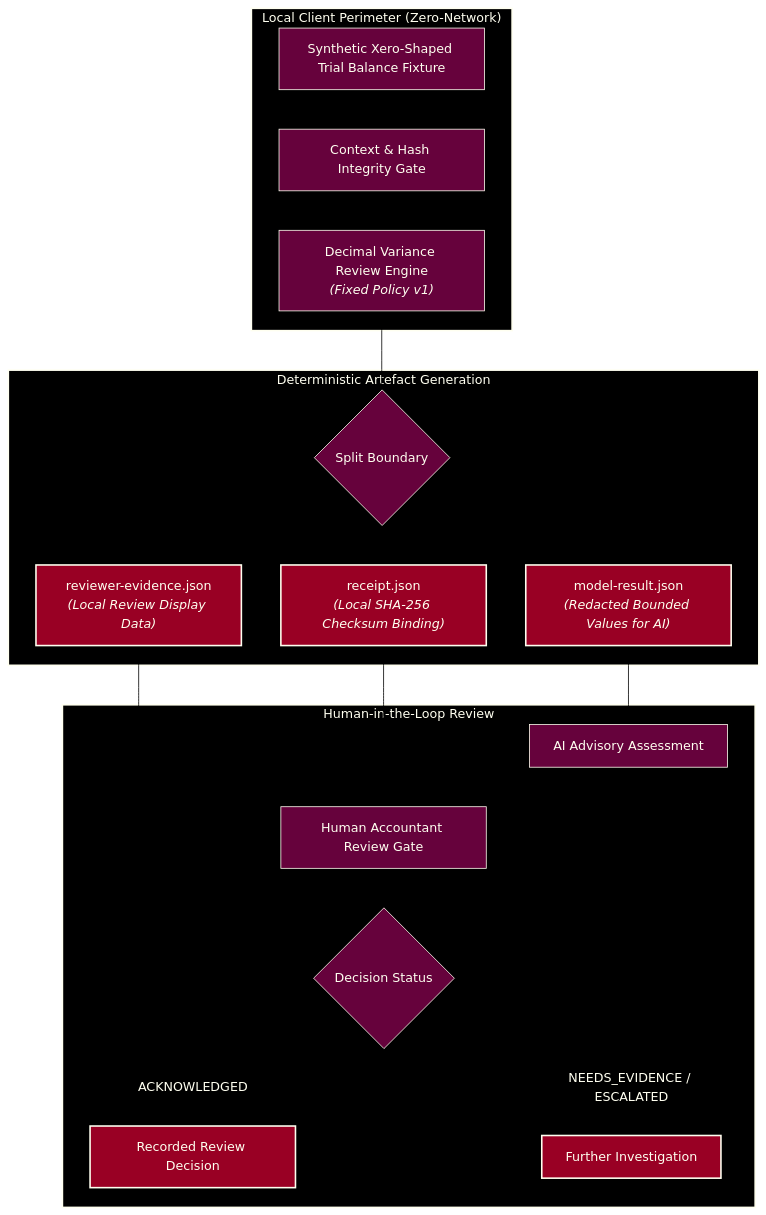
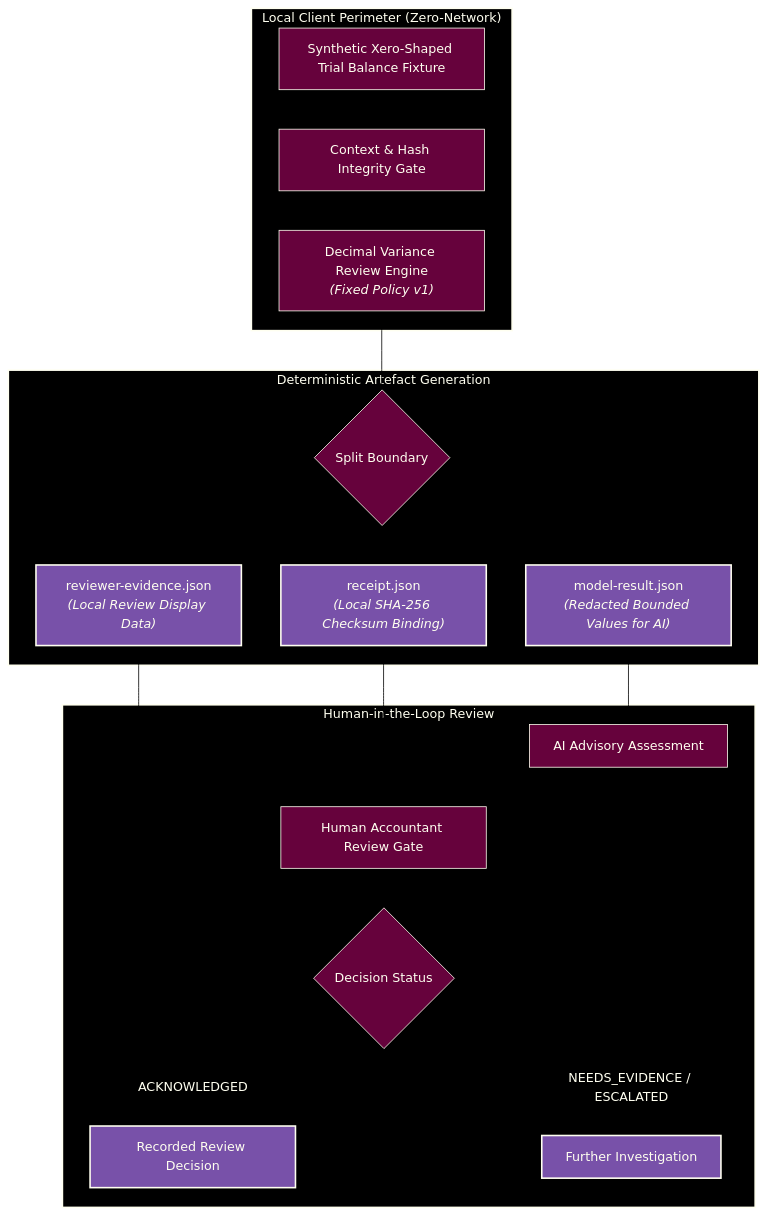
One commit to ryanduguid/accounting-review-pipeline changed the diagram in packages/elizabeth-anne-alexander/README.md. Above: the diagram before and after it, drawn with Mermaid. The commit also changed 4 other files, not shown here.

First line of the commit message:
Apply four-colour Mermaid palette (#334)

````diff
--- a/packages/elizabeth-anne-alexander/README.md
+++ b/packages/elizabeth-anne-alexander/README.md
@@ -51,32 +51,32 @@
 ```mermaid
 flowchart TD
-%%{init: {"theme": "base", "themeVariables": {"background": "#000000", "primaryColor": "#66023C", "primaryTextColor": "#FFFFF0", "primaryBorderColor": "#FFFFF0", "lineColor": "#000000", "textColor": "#FFFFF0", "edgeLabelBackground": "#000000", "clusterBkg": "#000000", "clusterBorder": "#FFFFF0", "titleColor": "#FFFFF0"}, "themeCSS": ".flowchart-link, .relationshipLine, marker path { filter: drop-shadow(0px 1px 0px #FFFFF0) drop-shadow(0px -1px 0px #FFFFF0) drop-shadow(1px 0px 0px #FFFFF0) drop-shadow(-1px 0px 0px #FFFFF0); }"}}%%
+%%{init: {"theme": "base", "look": "classic", "themeVariables": {"background": "#000000", "primaryColor": "#66023C", "primaryTextColor": "#FFFFF0", "primaryBorderColor": "#FFFFF0", "lineColor": "#000000", "textColor": "#FFFFF0", "edgeLabelBackground": "#000000", "clusterBkg": "#000000", "clusterBorder": "#FFFFF0", "titleColor": "#FFFFF0"}, "themeCSS": ".flowchart-link, .relationshipLine, marker path { filter: drop-shadow(0px 1px 0px #FFFFF0) drop-shadow(0px -1px 0px #FFFFF0) drop-shadow(1px 0px 0px #FFFFF0) drop-shadow(-1px 0px 0px #FFFFF0); }"}}%%
     subgraph ClientPerimeter ["Local Client Perimeter (Zero-Network)"]
         Raw["Synthetic Xero-Shaped Trial Balance Fixture"] --> Validate["Context & Hash Integrity Gate"]
         Validate --> Engine["Decimal Variance Review Engine<br/><i>(Fixed Policy v1)</i>"]
     end
 
     subgraph ArtifactSplit ["Deterministic Artefact Generation"]
         Engine --> Split{"Split Boundary"}
         Split --> Model["model-result.json<br/><i>(Redacted Bounded Values for AI)</i>"]
         Split --> Evidence["reviewer-evidence.json<br/><i>(Local Review Display Data)</i>"]
         Split --> Receipt["receipt.json<br/><i>(Local SHA-256 Checksum Binding)</i>"]
     end
 
     subgraph Governance ["Human-in-the-Loop Review"]
         Model --> LLM["AI Advisory Assessment"]
         Evidence & Receipt & LLM --> Reviewer["Human Accountant Review Gate"]
         Reviewer --> Decision{"Decision Status"}
         Decision -->|ACKNOWLEDGED| Done["Recorded Review Decision"]
         Decision -->|NEEDS_EVIDENCE / ESCALATED| Action["Further Investigation"]
     end
 
     style ClientPerimeter fill:#000000,stroke:#FFFFF0,stroke-width:2px,color:#FFFFF0
     style ArtifactSplit fill:#000000,stroke:#FFFFF0,stroke-width:2px,color:#FFFFF0
     style Governance fill:#000000,stroke:#FFFFF0,stroke-width:2px,color:#FFFFF0
-    style Model fill:#990024,stroke:#FFFFF0,stroke-width:2px,color:#FFFFF0
-    style Evidence fill:#990024,stroke:#FFFFF0,stroke-width:2px,color:#FFFFF0
-    style Receipt fill:#990024,stroke:#FFFFF0,stroke-width:2px,color:#FFFFF0
-    style Done fill:#990024,stroke:#FFFFF0,stroke-width:2px,color:#FFFFF0
-    style Action fill:#990024,stroke:#FFFFF0,stroke-width:2px,color:#FFFFF0
+    style Model fill:#7851A9,stroke:#FFFFF0,stroke-width:2px,color:#FFFFF0
+    style Evidence fill:#7851A9,stroke:#FFFFF0,stroke-width:2px,color:#FFFFF0
+    style Receipt fill:#7851A9,stroke:#FFFFF0,stroke-width:2px,color:#FFFFF0
+    style Done fill:#7851A9,stroke:#FFFFF0,stroke-width:2px,color:#FFFFF0
+    style Action fill:#7851A9,stroke:#FFFFF0,stroke-width:2px,color:#FFFFF0
 ```
````
